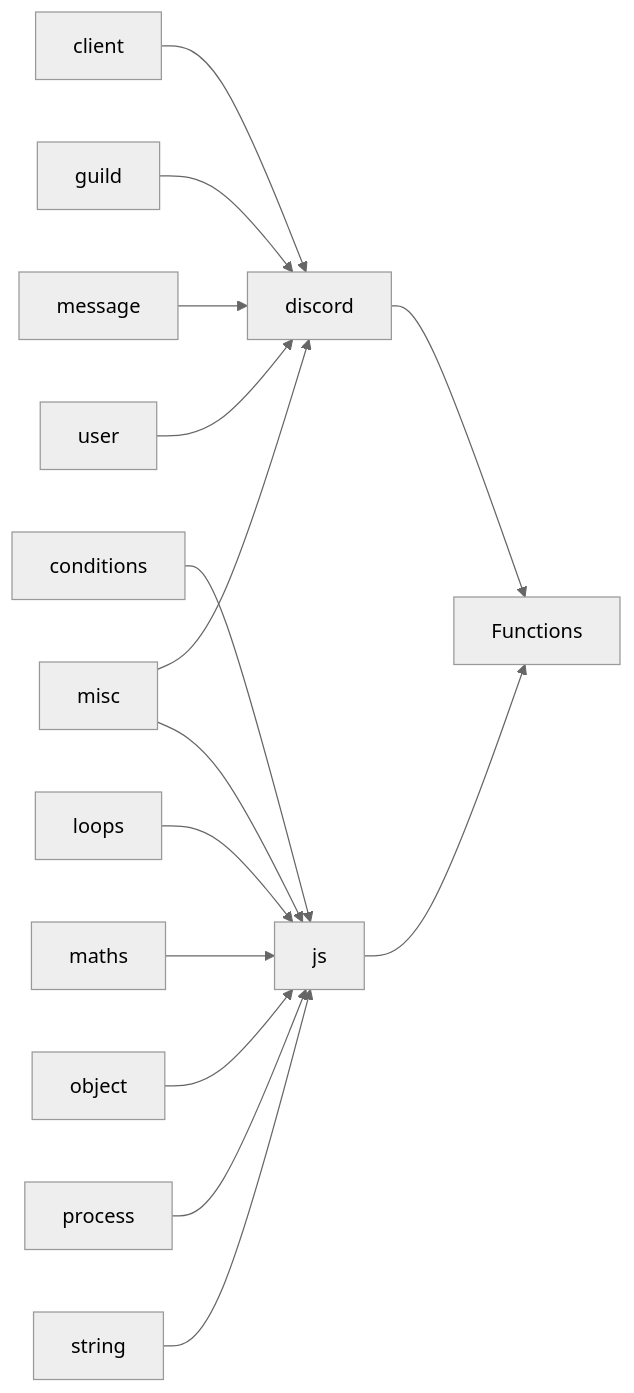
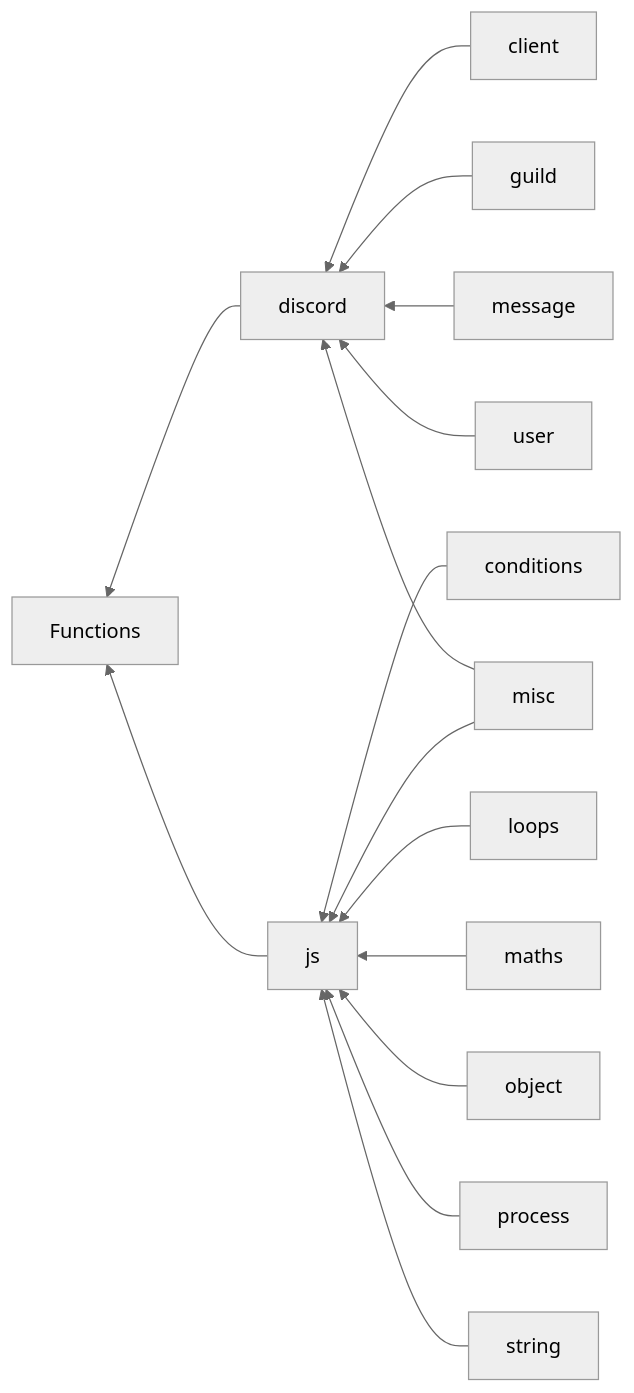
One commit to aoijs/aoi.js changed the diagram in src/functions/README.md. Above: the diagram before and after it, drawn with Mermaid (neutral theme). The commit also changed 1 other file, not shown here.

Commit message:
changed to RL

````diff
--- a/src/functions/README.md
+++ b/src/functions/README.md
@@ -4,17 +4,17 @@
 ```mermaid
-graph LR;
+graph RL;
 discord --> Functions;
 js --> Functions;
 client --> discord;
 guild --> discord;
 message --> discord;
 misc --> discord;
 user --> discord;
 conditions --> js;
 loops --> js;
 maths --> js;
 misc --> js;
 object --> js;
 process --> js;
 string --> js;
 ```
````
